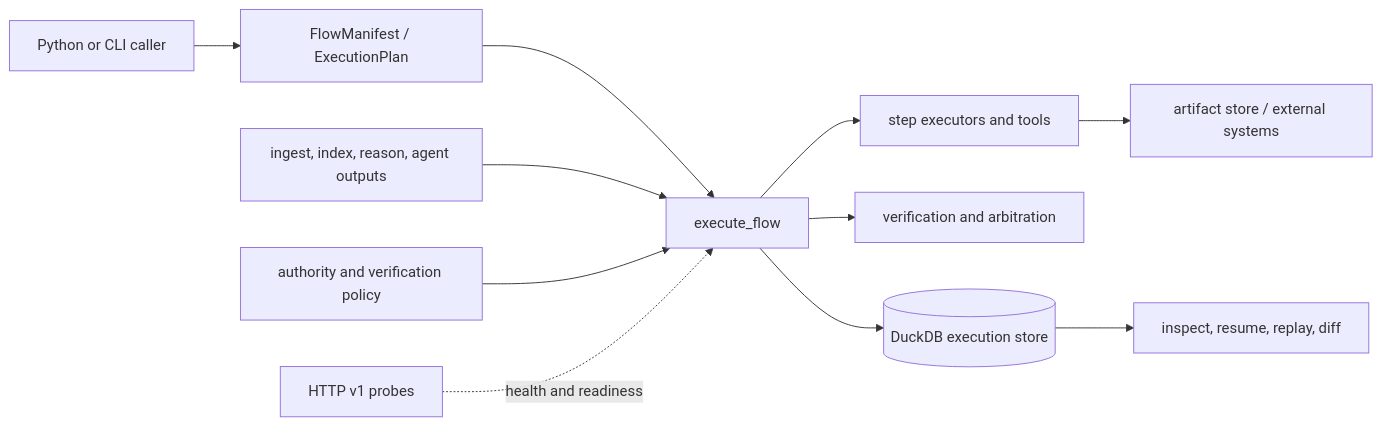
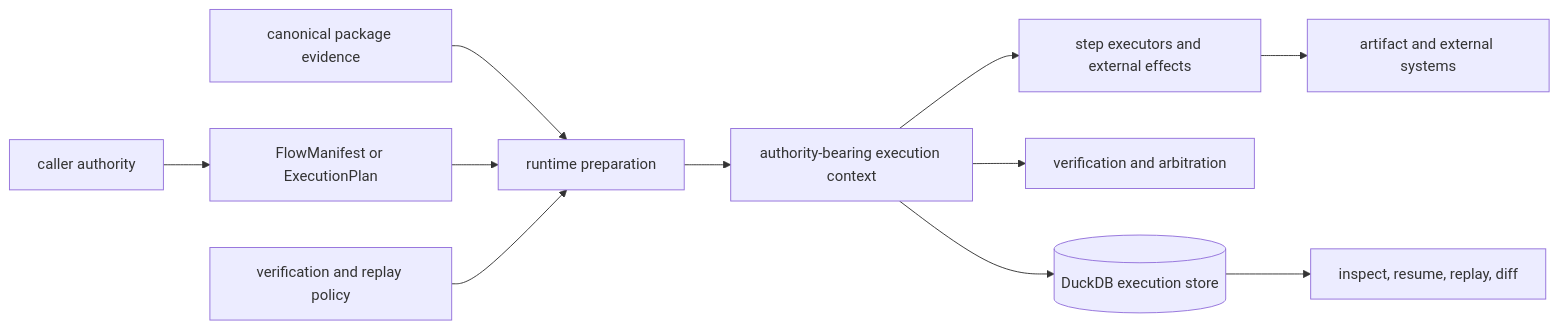
The first of 2 diagrams in docs/06-bijux-canon-runtime/architecture/integration-seams.md (bijux/bijux-canon), drawn with Mermaid before and after one commit. The commit also changed other lines of this file and 1 other file, not shown here.

Commit message:
docs(runtime): define execution custody contracts

````diff
--- a/docs/06-bijux-canon-runtime/architecture/integration-seams.md
+++ b/docs/06-bijux-canon-runtime/architecture/integration-seams.md
@@ -16,13 +19,13 @@
 ```mermaid
 flowchart LR
-    caller[Python or CLI caller] --> manifest[FlowManifest / ExecutionPlan]
-    manifest --> app[execute_flow]
-    lower[ingest, index, reason, agent outputs] --> app
-    policy[authority and verification policy] --> app
-    app --> executor[step executors and tools]
-    app --> verify[verification and arbitration]
-    app --> runstore[(DuckDB execution store)]
-    executor --> artifacts[artifact store / external systems]
-    runstore --> operator[inspect, resume, replay, diff]
-    http[HTTP v1 probes] -. health and readiness .-> app
+    caller["caller authority"] --> manifest["FlowManifest or ExecutionPlan"]
+    lower["canonical package evidence"] --> prepare["runtime preparation"]
+    manifest --> prepare
+    policy["verification and replay policy"] --> prepare
+    prepare --> execute["authority-bearing execution context"]
+    execute --> executor["step executors and external effects"]
+    execute --> verify["verification and arbitration"]
+    execute --> store[("DuckDB execution store")]
+    executor --> payloads["artifact and external systems"]
+    store --> inspect["inspect, resume, replay, diff"]
 ```
````
